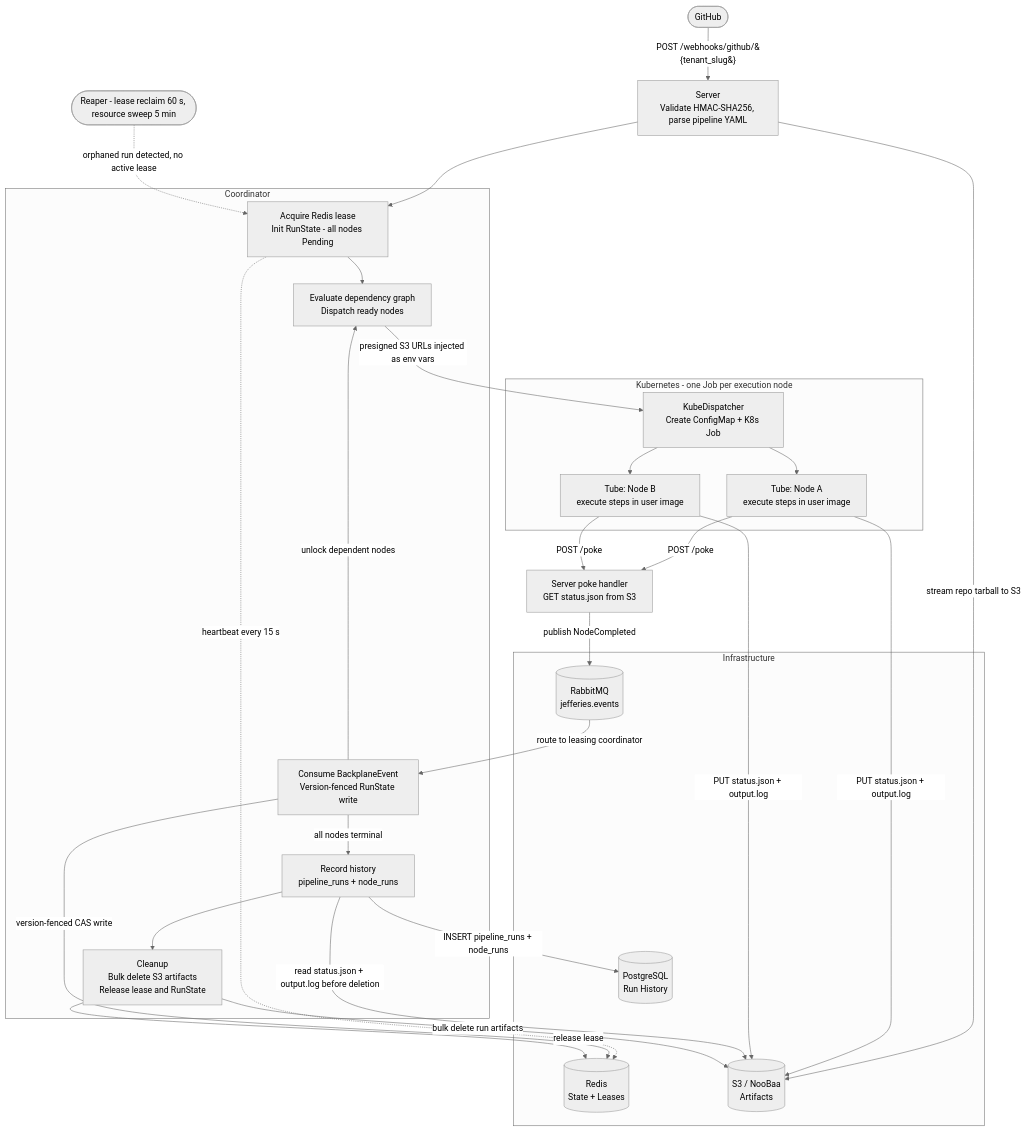
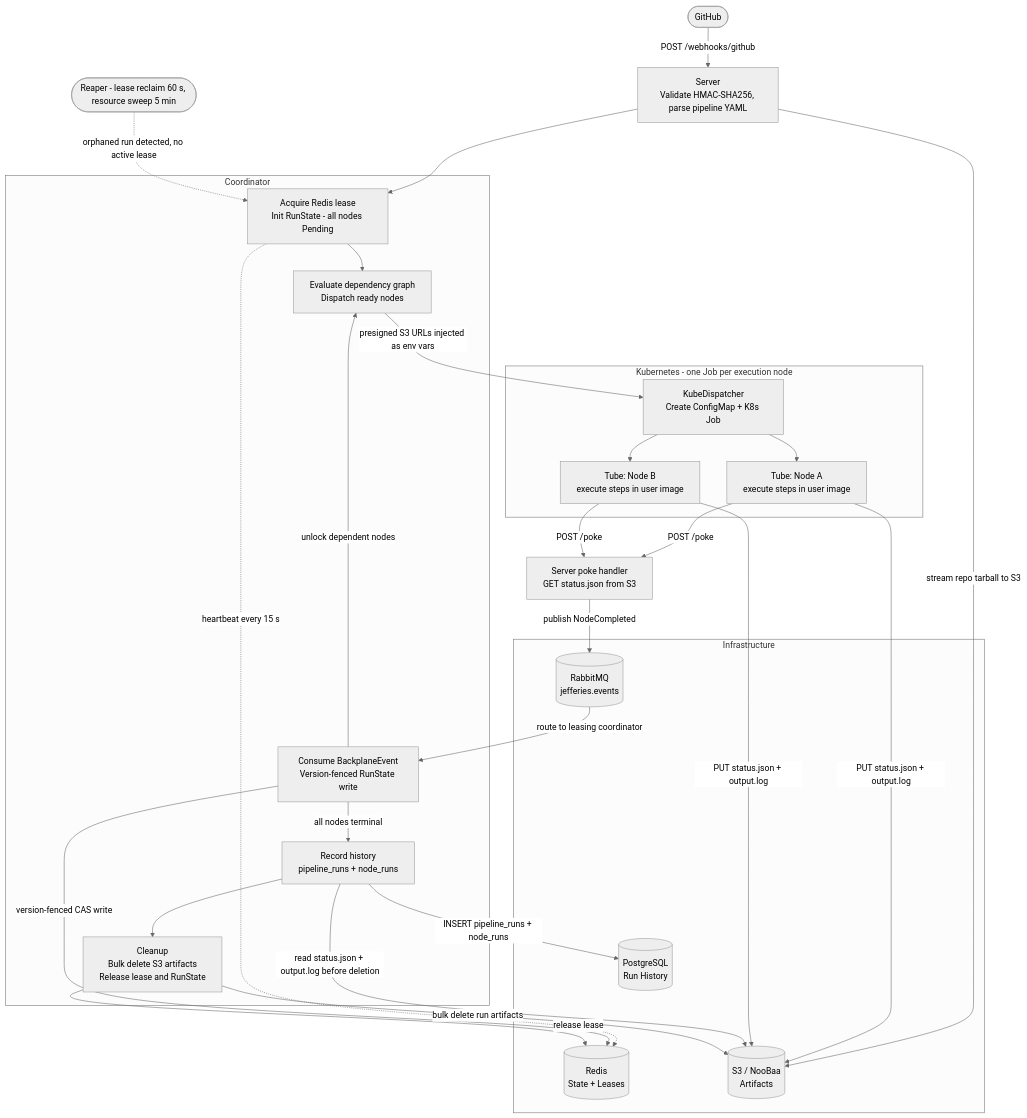
Before and after one commit to the-conn/jefferies: the diagram in docs/architecture.md, drawn with Mermaid (neutral theme). The commit also changed other lines of this file and 17 other files, not shown here.

````diff
--- a/docs/architecture.md
+++ b/docs/architecture.md
@@ -93,54 +103,54 @@
 ```mermaid
 flowchart TD
     GH([GitHub])
     REAPER([Reaper - lease reclaim 60 s, resource sweep 5 min])
     SRV["Server<br/>Validate HMAC-SHA256, parse pipeline YAML"]
     POKE["Server poke handler<br/>GET status.json from S3"]
 
     subgraph infra [Infrastructure]
         REDIS[(Redis<br/>State + Leases)]
         RMQ[(RabbitMQ<br/>jefferies.events)]
         S3[(S3 / NooBaa<br/>Artifacts)]
         PG[(PostgreSQL<br/>Run History)]
     end
 
     subgraph coord [Coordinator]
         COORD_INIT["Acquire Redis lease<br/>Init RunState - all nodes Pending"]
         DEP["Evaluate dependency graph<br/>Dispatch ready nodes"]
         REACT["Consume BackplaneEvent<br/>Version-fenced RunState write"]
         HIST["Record history<br/>pipeline_runs + node_runs"]
         CLEAN["Cleanup<br/>Bulk delete S3 artifacts<br/>Release lease and RunState"]
 
         COORD_INIT --> DEP
         REACT -->|unlock dependent nodes| DEP
         REACT -->|all nodes terminal| HIST
         HIST --> CLEAN
     end
 
     subgraph kube [Kubernetes - one Job per execution node]
         KDISP["KubeDispatcher<br/>Create ConfigMap + K8s Job"]
         POD_A["Tube: Node A<br/>execute steps in user image"]
         POD_B["Tube: Node B<br/>execute steps in user image"]
 
         KDISP --> POD_A & POD_B
     end
 
-    GH -->|POST /webhooks/github/&#123;tenant_slug&#125;| SRV
+    GH -->|POST /webhooks/github| SRV
     SRV -->|stream repo tarball to S3| S3
     SRV --> COORD_INIT
     COORD_INIT -.->|heartbeat every 15 s| REDIS
     DEP -->|presigned S3 URLs injected as env vars| KDISP
 
     POD_A & POD_B -->|PUT status.json + output.log| S3
     POD_A & POD_B -->|POST /poke| POKE
 
     POKE -->|publish NodeCompleted| RMQ
     RMQ -->|route to leasing coordinator| REACT
     REACT -->|version-fenced CAS write| REDIS
     HIST -->|read status.json + output.log before deletion| S3
     HIST -->|INSERT pipeline_runs + node_runs| PG
     CLEAN -->|bulk delete run artifacts| S3
     CLEAN -->|release lease| REDIS
 
     REAPER -.->|orphaned run detected, no active lease| COORD_INIT
 ```
````
